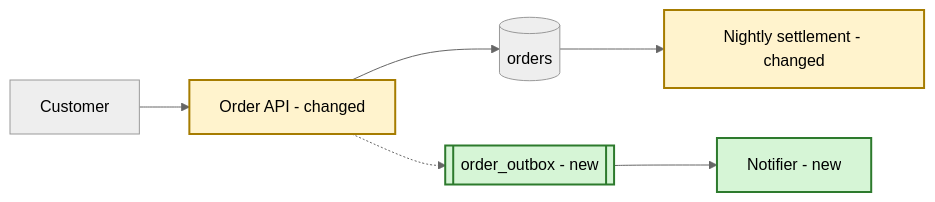
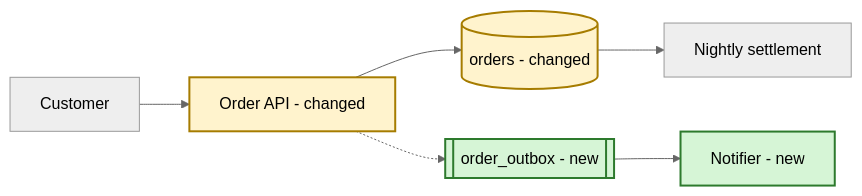
The diagram in plugins/architecture/skills/task-design-brief/SKILL.md (tuyenivt/tuyens-agent-skills), drawn with Mermaid (neutral theme) before and after one commit. The commit also changed other lines of this file and 21 other files, not shown here.

Commit message:
enhanced all architecture skills and agents by iterating eval skills with a realistic test input, remove unnecessary and optimize token efficiency

````diff
--- a/plugins/architecture/skills/task-design-brief/SKILL.md
+++ b/plugins/architecture/skills/task-design-brief/SKILL.md
@@ -117,10 +117,10 @@
 ```mermaid
 flowchart LR
   U[Customer] --> API[Order API - changed]:::changed
-  API --> DB[(orders)]
+  API --> DB[(orders - changed)]:::changed
   API -.-> OB[[order_outbox - new]]:::new
   OB --> N[Notifier - new]:::new
-  DB --> S[Nightly settlement - changed]:::changed
+  DB --> S[Nightly settlement]
   classDef new fill:#d6f5d6,stroke:#2d7a2d,stroke-width:2px
   classDef changed fill:#fff3cd,stroke:#a67c00,stroke-width:2px
 ```
````
